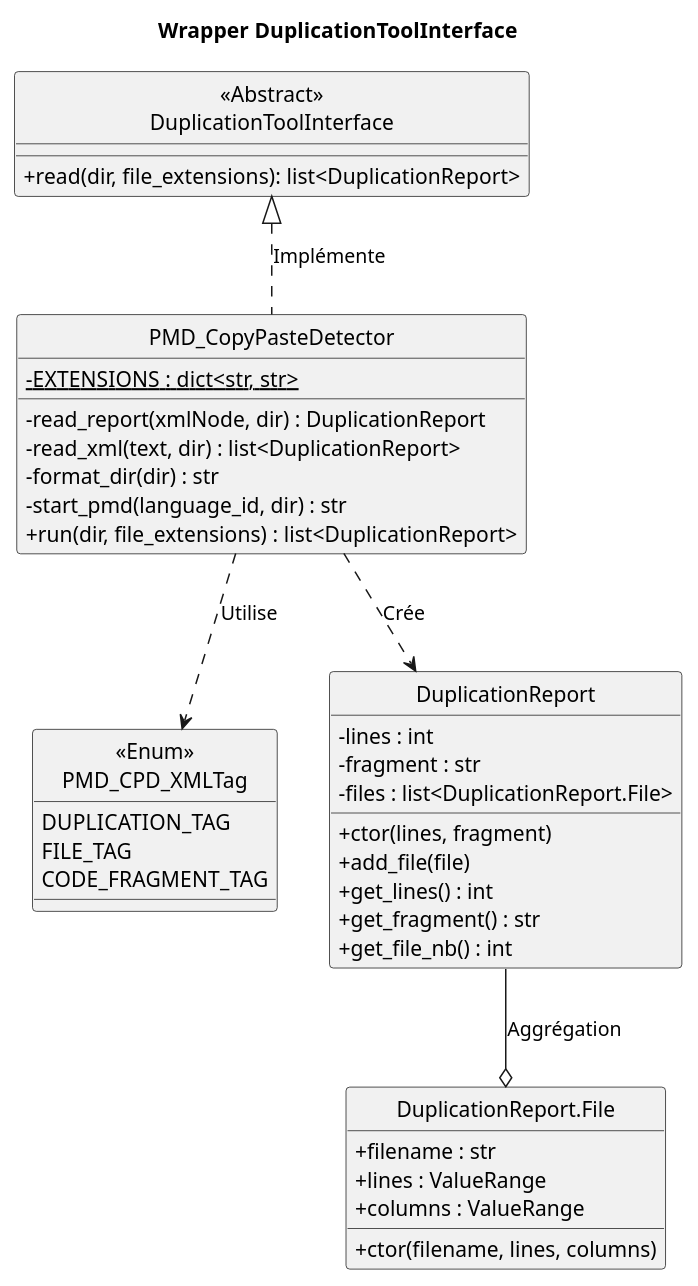
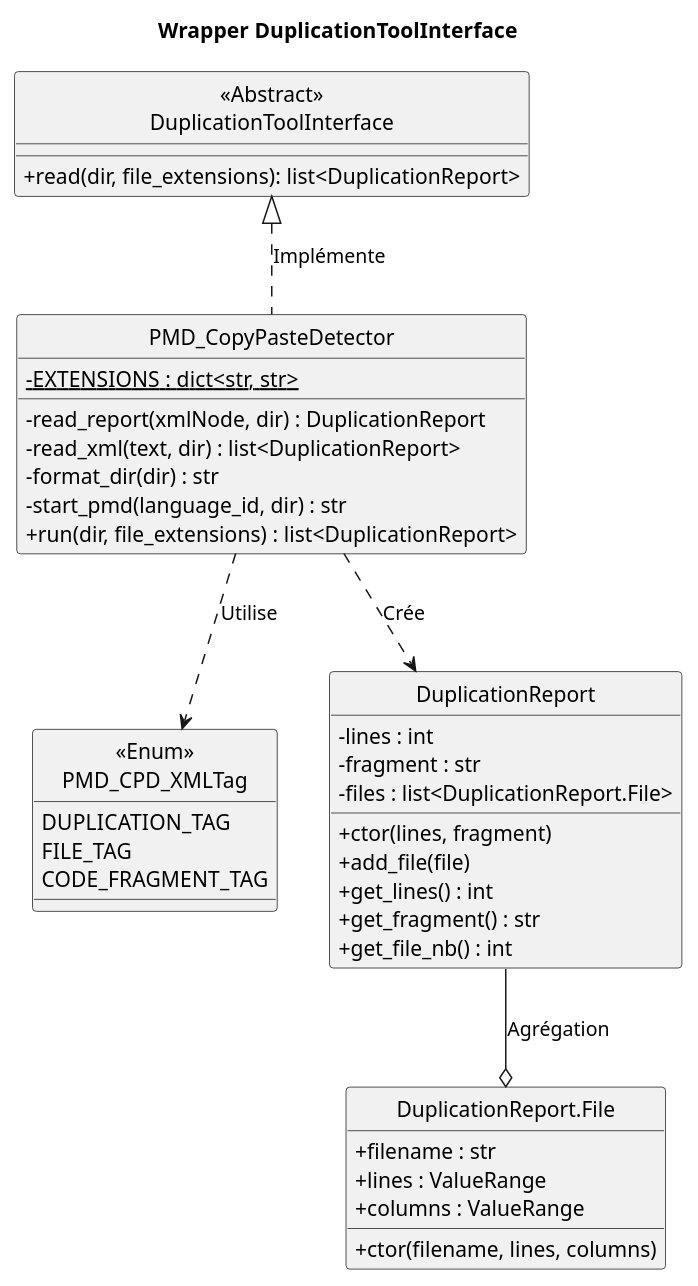
One commit to CAMaji/technical_debts changed the diagram in doc/wiki/puml/duplication_pmd_cpd.puml. Above: the diagram before and after it, drawn with PlantUML. The commit also changed 11 other files, not shown here.

Commit message:
correction typo dans diagrammes

```diff
--- a/doc/wiki/puml/duplication_pmd_cpd.puml
+++ b/doc/wiki/puml/duplication_pmd_cpd.puml
@@ -1,48 +1,48 @@
 @startuml duplication_pmd_cpd
 hide circle
 skinparam classAttributeIconSize 0
 title Wrapper DuplicationToolInterface
 
 class "<<Abstract>>\nDuplicationToolInterface" as DuplicationToolInterface {
     + read(dir, file_extensions): list<DuplicationReport>
 }
 
 class PMD_CopyPasteDetector {
     - {static} EXTENSIONS : dict<str, str>
     - read_report(xmlNode, dir) : DuplicationReport
     - read_xml(text, dir) : list<DuplicationReport>
     - format_dir(dir) : str
     - start_pmd(language_id, dir) : str
     + run(dir, file_extensions) : list<DuplicationReport>
 }
 
 enum "<<Enum>>\nPMD_CPD_XMLTag" as PMD_CPD_XMLTag {
     DUPLICATION_TAG
     FILE_TAG
     CODE_FRAGMENT_TAG
 }
 
 class DuplicationReport {
     - lines : int
     - fragment : str
     - files : list<DuplicationReport.File>
     + ctor(lines, fragment)
     + add_file(file)
     + get_lines() : int
     + get_fragment() : str
     + get_file_nb() : int
 }
 
 class "DuplicationReport.File" as DRFile {
     + filename : str
     + lines : ValueRange
     + columns : ValueRange
     + ctor(filename, lines, columns)
 }
 
-DuplicationReport -down-o DRFile : "Aggrégation"
+DuplicationReport -down-o DRFile : "Agrégation"
 PMD_CopyPasteDetector .up.|> DuplicationToolInterface : "Implémente"
 PMD_CopyPasteDetector .down.> PMD_CPD_XMLTag : "Utilise"
 PMD_CopyPasteDetector .down.> DuplicationReport : "Crée"
 
 @enduml
```
